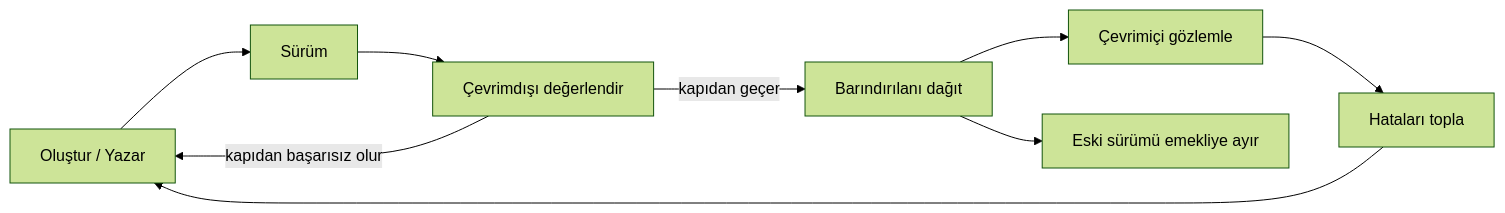
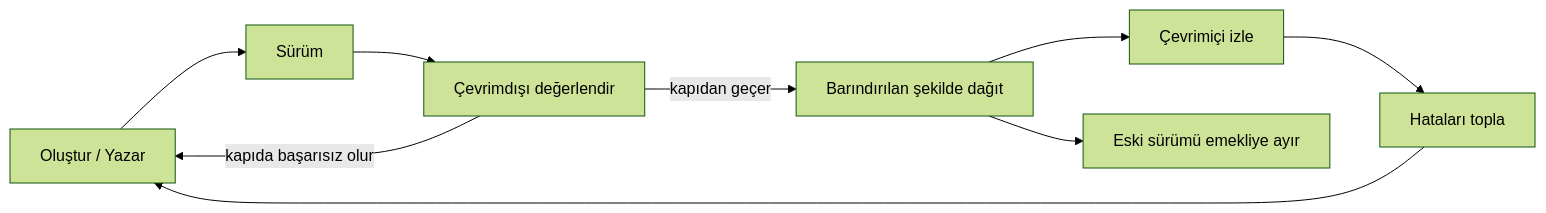
The second of 4 diagrams in mirrors/repos/microsoft@ai-agents-for-beginners/translations/tr/16-deploying-scalable-agents/README.md (gabrielmoreira/agent-skills-mirror), drawn with Mermaid (forest theme) before and after one commit. The commit also changed other lines of this file and 3581 other files, not shown here.

````diff
--- a/mirrors/repos/microsoft@ai-agents-for-beginners/translations/tr/16-deploying-scalable-agents/README.md
+++ b/mirrors/repos/microsoft@ai-agents-for-beginners/translations/tr/16-deploying-scalable-agents/README.md
@@ -108,11 +108,11 @@
 ```mermaid
 flowchart LR
     Create[Oluştur / Yazar] --> Version[Sürüm]
     Version --> Evaluate[Çevrimdışı değerlendir]
-    Evaluate -->|kapıdan geçer| Deploy[Barındırılanı dağıt]
-    Evaluate -->|kapıdan başarısız olur| Create
-    Deploy --> Observe[Çevrimiçi gözlemle]
+    Evaluate -->|kapıdan geçer| Deploy[Barındırılan şekilde dağıt]
+    Evaluate -->|kapıda başarısız olur| Create
+    Deploy --> Observe[Çevrimiçi izle]
     Observe --> Improve[Hataları topla]
     Improve --> Create
     Deploy --> Retire[Eski sürümü emekliye ayır]
 ```
````
